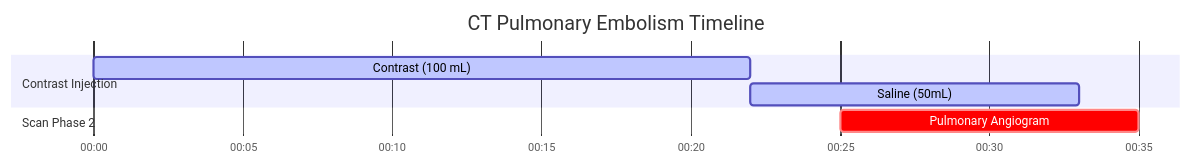
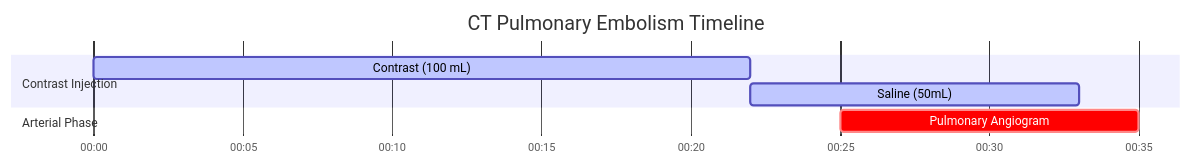
One commit to dfergs93/radiology-protocols changed the diagram in docs/ct/chest/ct-pulmonary-embolism.md. Above: the diagram before and after it, drawn with Mermaid. The commit also changed other lines of this file and 79 other files, not shown here.

````diff
--- a/docs/ct/chest/ct-pulmonary-embolism.md
+++ b/docs/ct/chest/ct-pulmonary-embolism.md
@@ -85,16 +84,16 @@
   ```mermaid
   ---
   config:
     theme: default
   ---
     gantt
       title CT Pulmonary Embolism Timeline
       dateFormat mm:ss
       axisFormat %M:%S 
       
       section Contrast Injection
       Contrast (100 mL)    :active, contrast, 00:00, 22s
       Saline (50mL)          :active, saline, after contrast, 11s
-      section Scan Phase 2
-      Pulmonary Angiogram    :crit, scan2, 00:25, 10s
+      section Arterial Phase
+      Pulmonary Angiogram    :crit, scan1, 00:25, 10s
   ```
````
